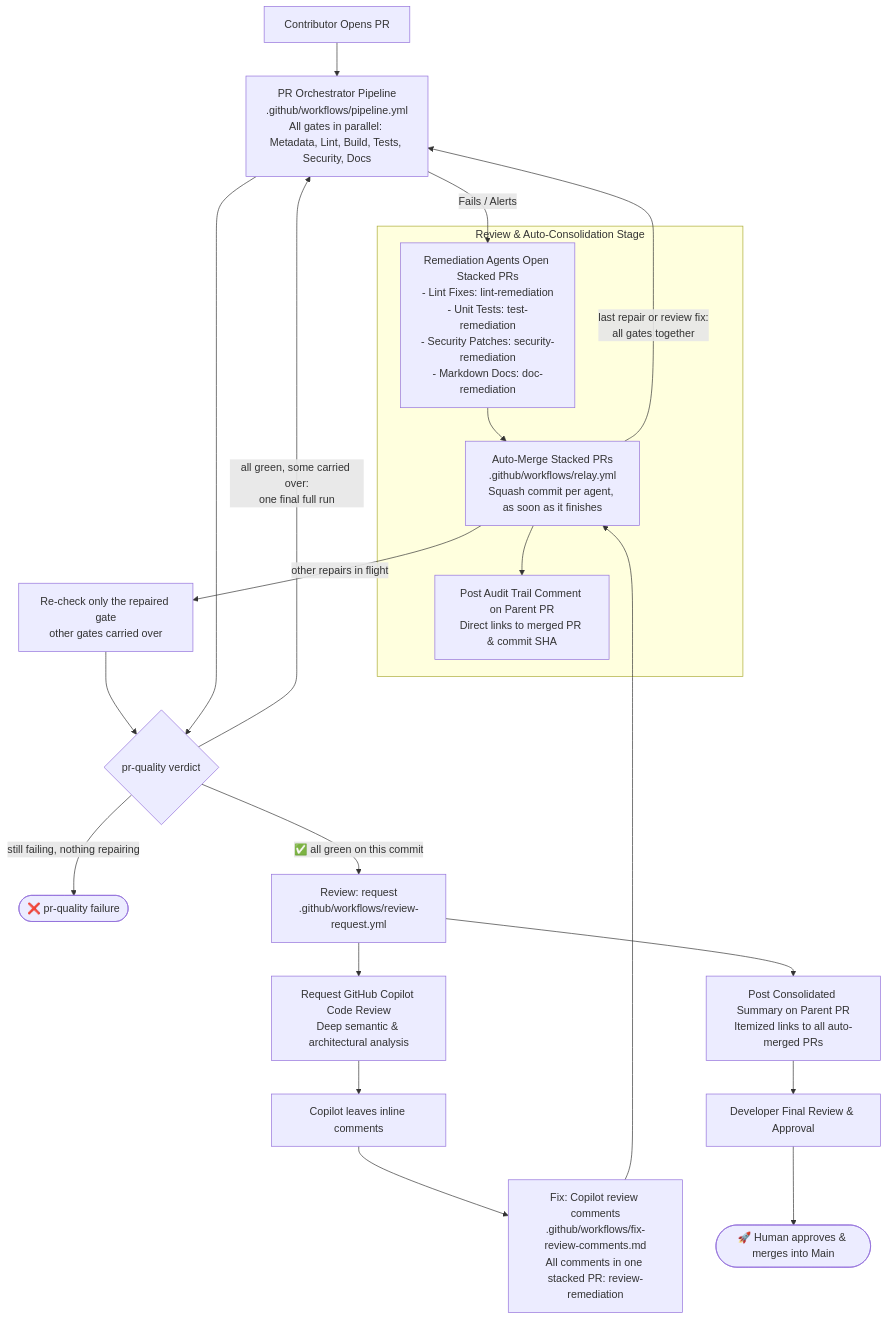
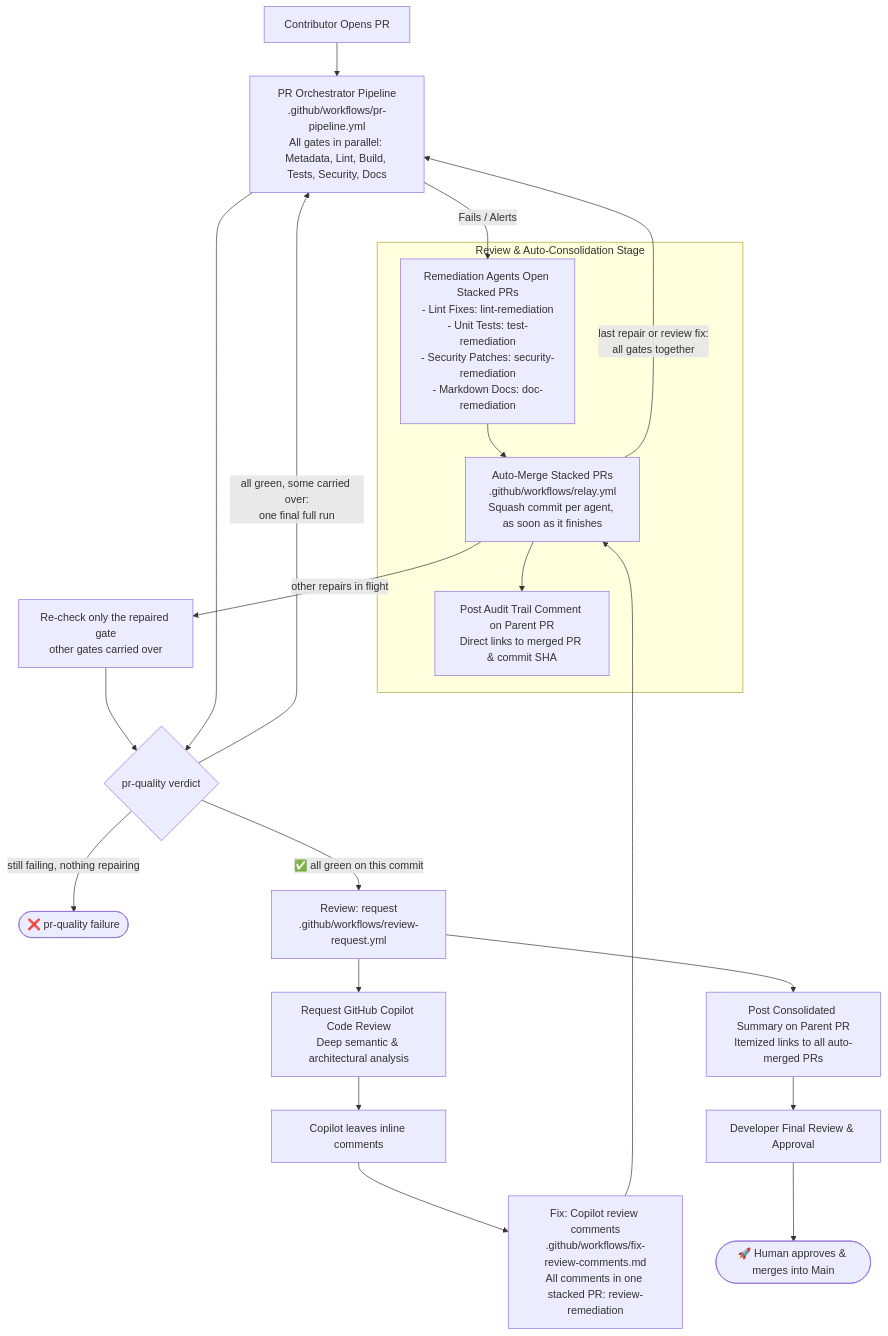
One commit to SitoaderOrg/ForgeFlow changed the diagram in docs/review.md. Above: the diagram before and after it, drawn with Mermaid. The commit also changed 13 other files, not shown here.

````diff
--- a/docs/review.md
+++ b/docs/review.md
@@ -28,31 +28,31 @@
 ```mermaid
 flowchart TD
-    PR[Contributor Opens PR] --> Pipeline[PR Orchestrator Pipeline\n.github/workflows/pipeline.yml\nAll gates in parallel: Metadata, Lint, Build, Tests, Security, Docs]
+    PR[Contributor Opens PR] --> Pipeline[PR Orchestrator Pipeline\n.github/workflows/pr-pipeline.yml\nAll gates in parallel: Metadata, Lint, Build, Tests, Security, Docs]
     
     Pipeline -->|Fails / Alerts| Agents[Remediation Agents Open Stacked PRs\n- Lint Fixes: lint-remediation\n- Unit Tests: test-remediation\n- Security Patches: security-remediation\n- Markdown Docs: doc-remediation]
     
     subgraph Auto_Consolidation [Review & Auto-Consolidation Stage]
         Agents --> AutoMerge[Auto-Merge Stacked PRs\n.github/workflows/relay.yml\nSquash commit per agent, as soon as it finishes]
         AutoMerge --> CommentParent[Post Audit Trail Comment on Parent PR\nDirect links to merged PR & commit SHA]
     end
 
     AutoMerge -->|other repairs in flight| SyncBranch[Re-check only the repaired gate\nother gates carried over]
     AutoMerge -->|last repair or review fix:\nall gates together| Pipeline
     SyncBranch --> Verdict{pr-quality verdict}
     Pipeline --> Verdict
     Verdict -->|all green, some carried over:\none final full run| Pipeline
     Verdict -->|still failing, nothing repairing| Fail([❌ pr-quality failure])
 
     Verdict -->|✅ all green on this commit| Dispatcher[Review: request\n.github/workflows/review-request.yml]
 
     Dispatcher --> RequestCopilot[Request GitHub Copilot Code Review\nDeep semantic & architectural analysis]
     Dispatcher --> PostSummary[Post Consolidated Summary on Parent PR\nItemized links to all auto-merged PRs]
 
     RequestCopilot --> InlineFeedback[Copilot leaves inline comments]
     InlineFeedback --> ReviewFixer[Fix: Copilot review comments\n.github/workflows/fix-review-comments.md\nAll comments in one stacked PR: review-remediation]
     ReviewFixer --> AutoMerge
 
     PostSummary --> DeveloperReview[Developer Final Review & Approval]
 
     DeveloperReview --> MergeMain([🚀 Human approves & merges into Main])
 ```
````
